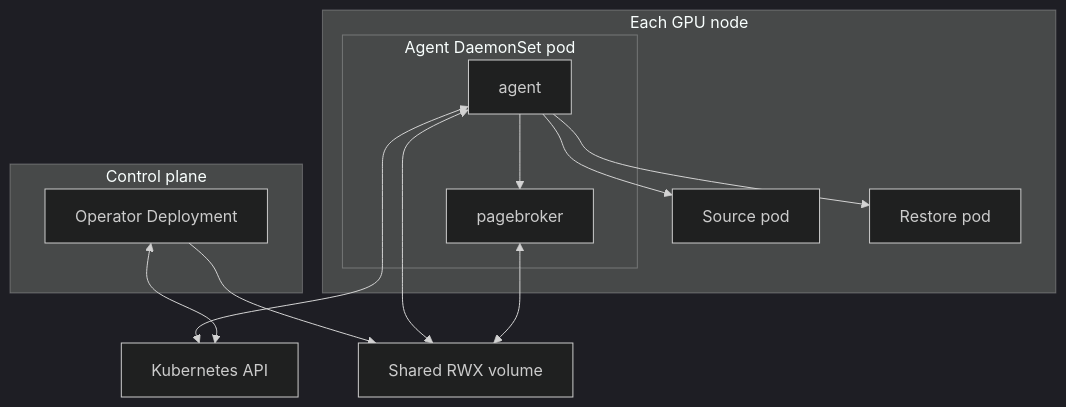
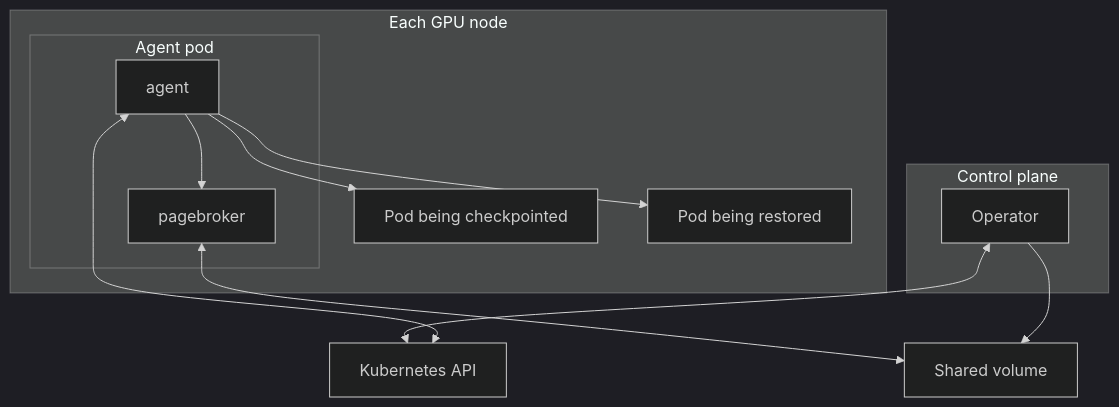
The first of 2 diagrams in docs/reference/architecture/README.md (ai-dynamo/snapshot), drawn with Mermaid (dark theme) before and after one commit. The commit also changed other lines of this file and 5 other files, not shown here.

First line of the commit message:
docs(architecture): lead each page with the big picture and define terms

````diff
--- a/docs/reference/architecture/README.md
+++ b/docs/reference/architecture/README.md
@@ -83,24 +48,23 @@
 ```mermaid
 flowchart TB
     subgraph CP["Control plane"]
-        Op["Operator Deployment"]
+        Op["Operator"]
     end
     subgraph Node["Each GPU node"]
-        subgraph AgentPod["Agent DaemonSet pod"]
+        subgraph AgentPod["Agent pod"]
             Agent["agent"]
             PB["pagebroker"]
         end
-        Src["Source pod"]
-        Dst["Restore pod"]
+        Src["Pod being checkpointed"]
+        Dst["Pod being restored"]
     end
     API["Kubernetes API"]
-    PVC["Shared RWX volume"]
+    PVC["Shared volume"]
     Op <--> API
     Agent <--> API
     Agent --> Src
     Agent --> Dst
     Agent --> PB
     PB <--> PVC
-    Agent <--> PVC
     Op --> PVC
 ```
````
